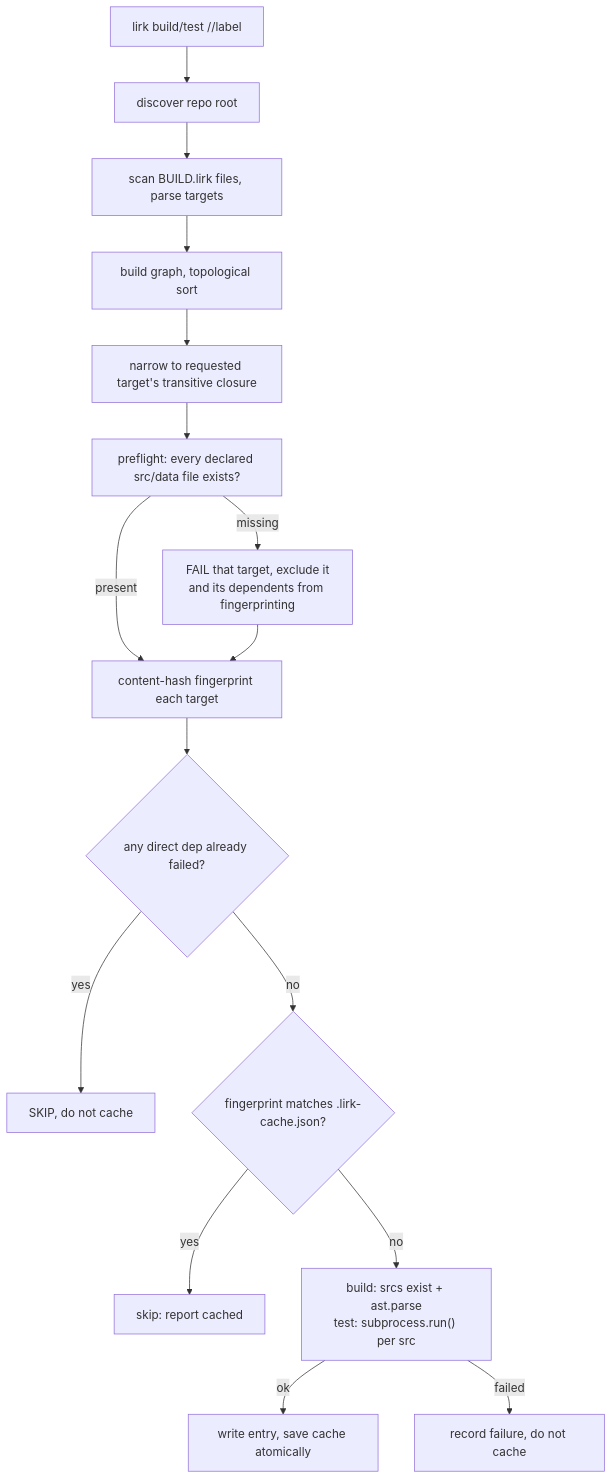
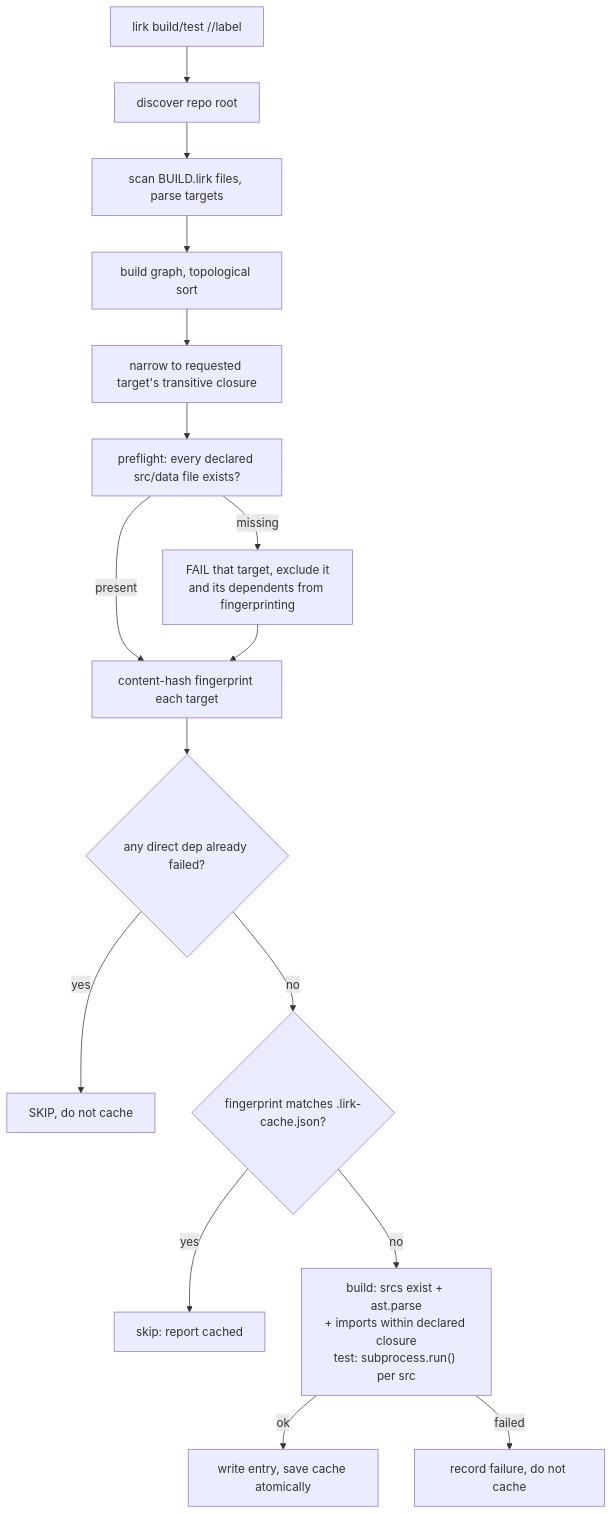
The second of 2 diagrams in docs/DESIGN.md (socitt/lirk), drawn with Mermaid before and after one commit. The commit also changed other lines of this file and 26 other files, not shown here.

````diff
--- a/docs/DESIGN.md
+++ b/docs/DESIGN.md
@@ -177,18 +177,18 @@
 ```mermaid
 flowchart TD
     A["lirk build/test //label"] --> B["discover repo root"]
     B --> C["scan BUILD.lirk files, parse targets"]
     C --> D["build graph, topological sort"]
     D --> E["narrow to requested target's transitive closure"]
     E --> P["preflight: every declared src/data file exists?"]
     P -- "missing" --> X["FAIL that target, exclude it\nand its dependents from fingerprinting"]
     P -- present --> F["content-hash fingerprint each target"]
     X --> F
     F --> S{"any direct dep already failed?"}
     S -- yes --> K["SKIP, do not cache"]
     S -- no --> G{"fingerprint matches .lirk-cache.json?"}
     G -- yes --> H["skip: report cached"]
-    G -- no --> I["build: srcs exist + ast.parse\ntest: subprocess.run() per src"]
+    G -- no --> I["build: srcs exist + ast.parse\n+ imports within declared closure\ntest: subprocess.run() per src"]
     I -- ok --> J["write entry, save cache atomically"]
     I -- failed --> L["record failure, do not cache"]
 ```
````
